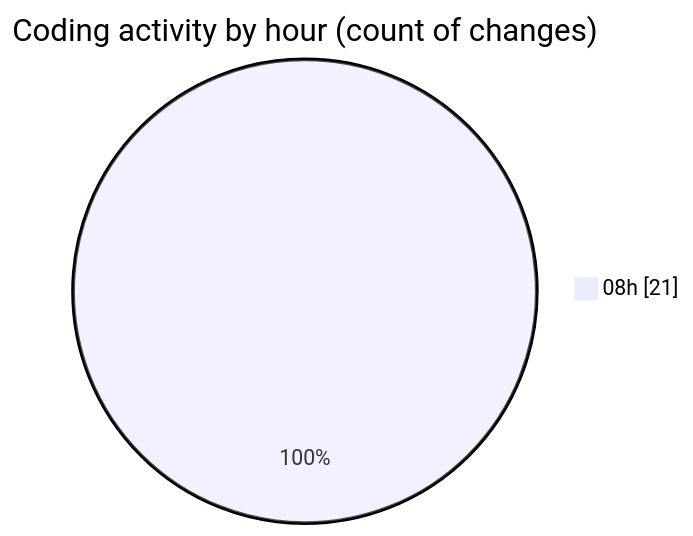
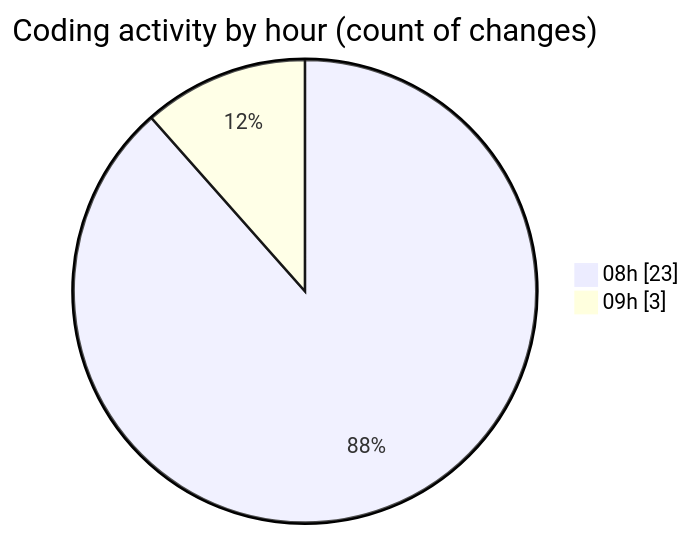
One commit to momahboobian/code-tracking changed the second of 2 diagrams in 2026-06-02/cda/README.md. Above: the diagram before and after it, drawn with Mermaid. The commit also changed other lines of this file and 1 other file, not shown here.

````diff
--- a/2026-06-02/cda/README.md
+++ b/2026-06-02/cda/README.md
@@ -52,5 +56,6 @@
 ```mermaid
 pie showData
 title Coding activity by hour (count of changes)
-"08h" : 21
+"08h" : 23
+"09h" : 3
 ```
````
